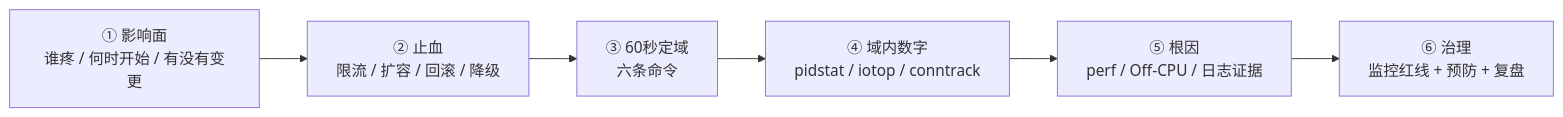
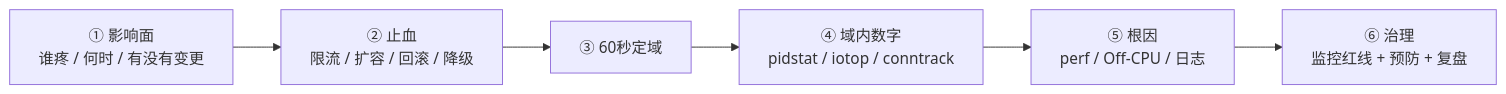
The third of 4 diagrams in 01-基础底座/21-性能方法论-USE与RED/知识点.md (ml-cuizijun/LearnToLilith), drawn with Mermaid before and after one commit. The commit also changed other lines of this file and 178 other files, not shown here.

````diff
--- a/01-基础底座/21-性能方法论-USE与RED/知识点.md
+++ b/01-基础底座/21-性能方法论-USE与RED/知识点.md
@@ -443,8 +424,8 @@
 ```mermaid
 flowchart LR
-    A["① 影响面<br/>谁疼 / 何时开始 / 有没有变更"] --> B["② 止血<br/>限流 / 扩容 / 回滚 / 降级"]
-    B --> C["③ 60秒定域<br/>六条命令"]
+    A["① 影响面<br/>谁疼 / 何时 / 有没有变更"] --> B["② 止血<br/>限流 / 扩容 / 回滚 / 降级"]
+    B --> C["③ 60秒定域"]
     C --> D["④ 域内数字<br/>pidstat / iotop / conntrack"]
-    D --> E["⑤ 根因<br/>perf / Off-CPU / 日志证据"]
+    D --> E["⑤ 根因<br/>perf / Off-CPU / 日志"]
     E --> F["⑥ 治理<br/>监控红线 + 预防 + 复盘"]
 ```
````
